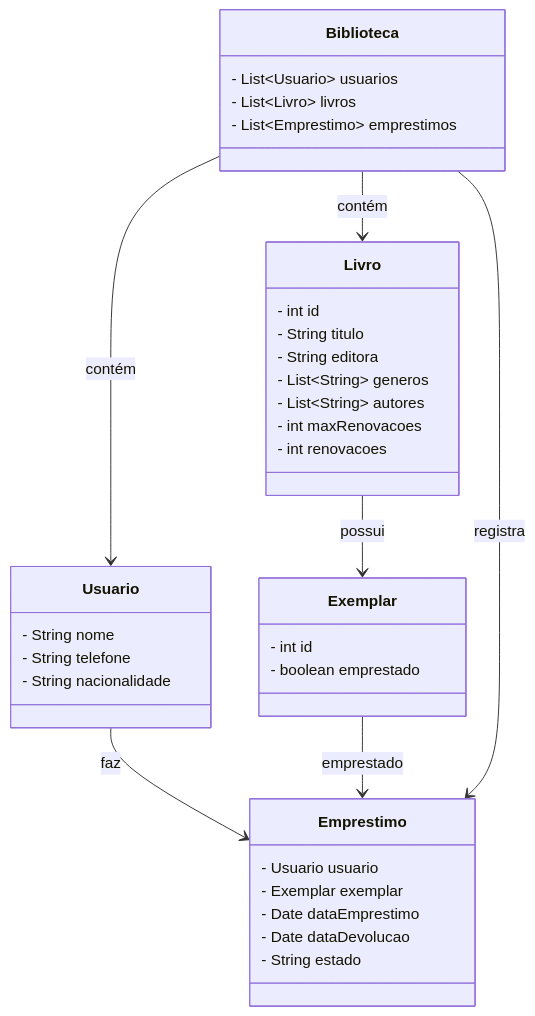
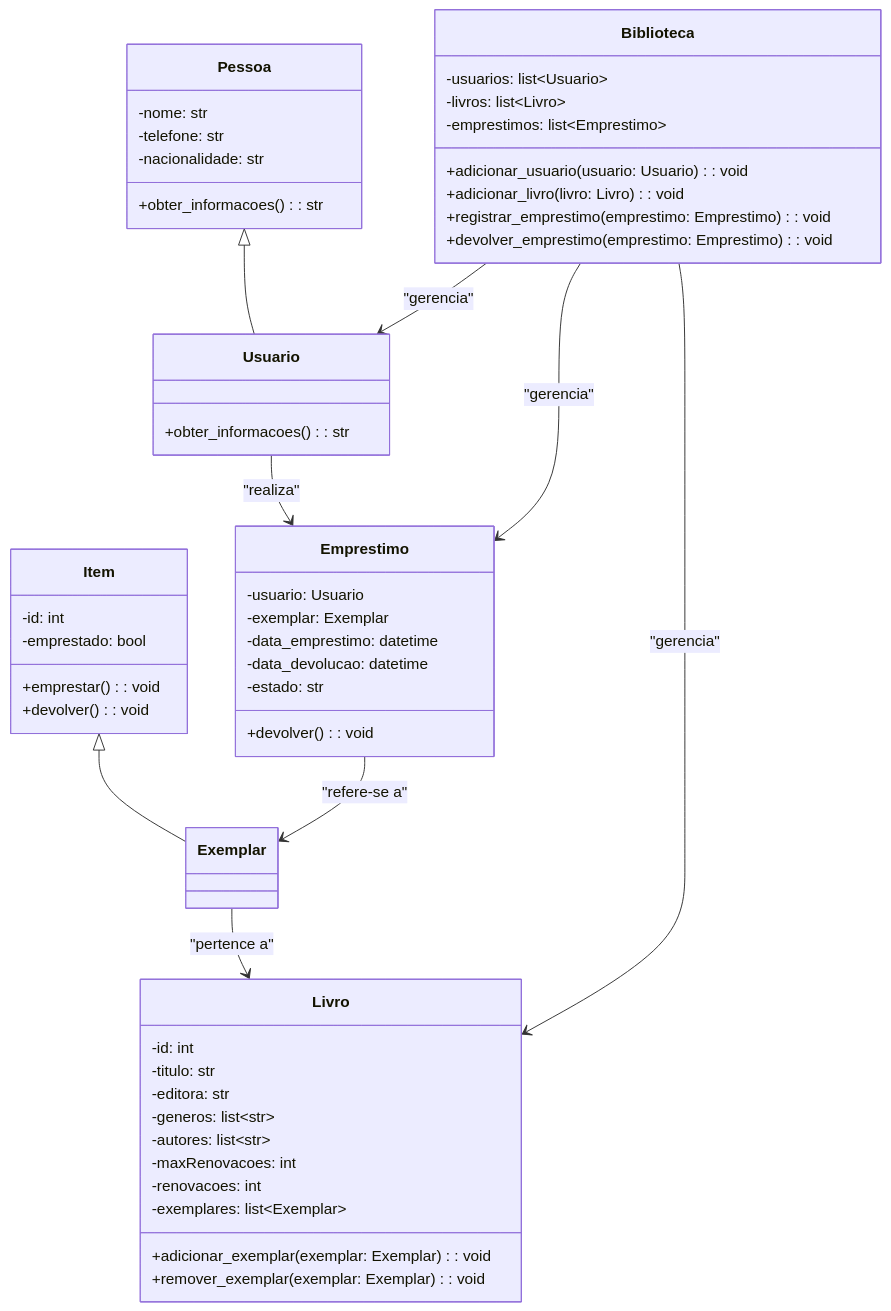
One commit to Daniela2319/listas_exercicios_python_womakerscode changed the diagram in POO/ClassesEObjetos/README.md. Above: the diagram before and after it, drawn with Mermaid. The commit also changed 2 other files, not shown here.

Commit message:
Adicionando usuario na bibliotca

````diff
--- a/POO/ClassesEObjetos/README.md
+++ b/POO/ClassesEObjetos/README.md
@@ -3,44 +3,65 @@
 ```mermaid
 classDiagram
-class Usuario {
-  - String nome
-  - String telefone
-  - String nacionalidade
-}
+    class Pessoa {
+        -nome: str
+        -telefone: str
+        -nacionalidade: str
+        +obter_informacoes(): str
+    }
 
-    class Livro {
-        - int id
-        - String titulo
-        - String editora
-        - List~String~ generos
-        - List~String~ autores
-        - int maxRenovacoes
-        - int renovacoes
+    class Usuario {
+        +obter_informacoes(): str
+    }
+    Pessoa <|-- Usuario
+
+    class Item {
+        -id: int
+        -emprestado: bool
+        +emprestar(): void
+        +devolver(): void
     }
 
     class Exemplar {
-        - int id
-        - boolean emprestado
+    }
+    Item <|-- Exemplar
+
+    class Livro {
+        -id: int
+        -titulo: str
+        -editora: str
+        -generos: list~str~
+        -autores: list~str~
+        -maxRenovacoes: int
+        -renovacoes: int
+        -exemplares: list~Exemplar~
+        +adicionar_exemplar(exemplar: Exemplar): void
+        +remover_exemplar(exemplar: Exemplar): void
     }
 
     class Emprestimo {
-        - Usuario usuario
-        - Exemplar exemplar
-        - Date dataEmprestimo
-        - Date dataDevolucao
-        - String estado
+        -usuario: Usuario
+        -exemplar: Exemplar
+        -data_emprestimo: datetime
+        -data_devolucao: datetime
+        -estado: str
+        +devolver(): void
     }
 
     class Biblioteca {
-        - List~Usuario~ usuarios
-        - List~Livro~ livros
-        - List~Emprestimo~ emprestimos
+        -usuarios: list~Usuario~
+        -livros: list~Livro~
+        -emprestimos: list~Emprestimo~
+        +adicionar_usuario(usuario: Usuario): void
+        +adicionar_livro(livro: Livro): void
+        +registrar_emprestimo(emprestimo: Emprestimo): void
+        +devolver_emprestimo(emprestimo: Emprestimo): void
     }
 
-    Usuario --> Emprestimo : faz
-    Livro --> Exemplar : possui
-    Exemplar --> Emprestimo : emprestado
-    Biblioteca --> Usuario : contém
-    Biblioteca --> Livro : contém
-    Biblioteca --> Emprestimo : registra
+    Usuario --> Emprestimo : "realiza"
+    Emprestimo --> Exemplar : "refere-se a"
+    Exemplar --> Livro : "pertence a"
+    Biblioteca --> Usuario : "gerencia"
+    Biblioteca --> Livro : "gerencia"
+    Biblioteca --> Emprestimo : "gerencia"
+
 ```
````
